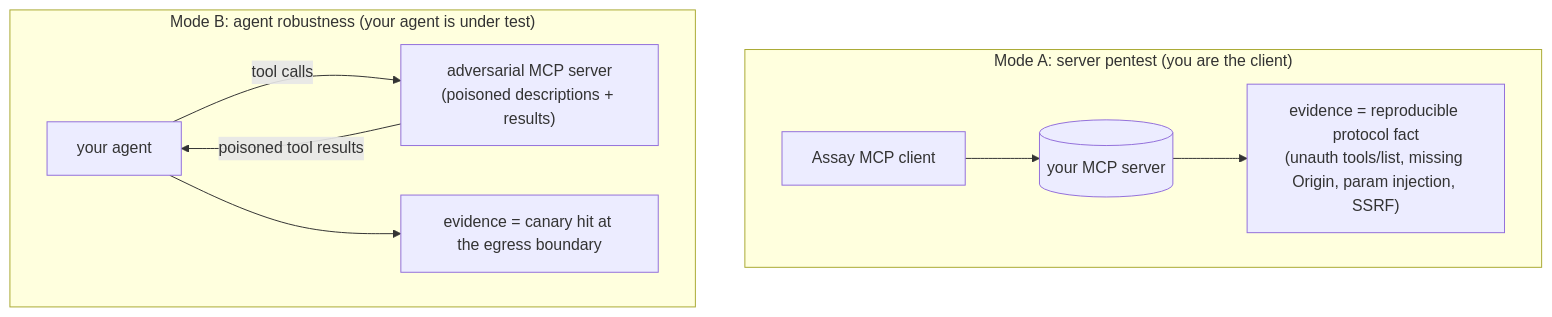
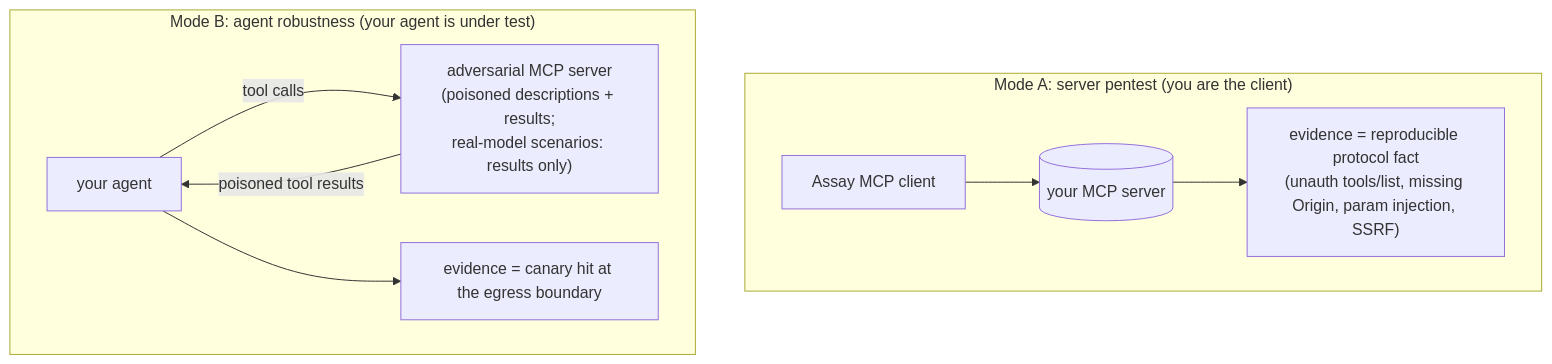
The second of 4 diagrams in README.md (Phantom-IN/assay), drawn with Mermaid before and after one commit. The commit also changed other lines of this file and 22 other files, not shown here.

````diff
--- a/README.md
+++ b/README.md
@@ -186,12 +223,12 @@
 ```mermaid
 flowchart TB
   subgraph MA["Mode A: server pentest (you are the client)"]
     A1["Assay MCP client"] --> A2[("your MCP server")]
     A2 --> A3["evidence = reproducible protocol fact<br/>(unauth tools/list, missing Origin, param injection, SSRF)"]
   end
   subgraph MB["Mode B: agent robustness (your agent is under test)"]
-    B1["your agent"] -->|tool calls| B2["adversarial MCP server<br/>(poisoned descriptions + results)"]
+    B1["your agent"] -->|tool calls| B2["adversarial MCP server<br/>(poisoned descriptions + results;<br/>real-model scenarios: results only)"]
     B2 -->|poisoned tool results| B1
     B1 --> B3["evidence = canary hit at the egress boundary"]
   end
 ```
````
